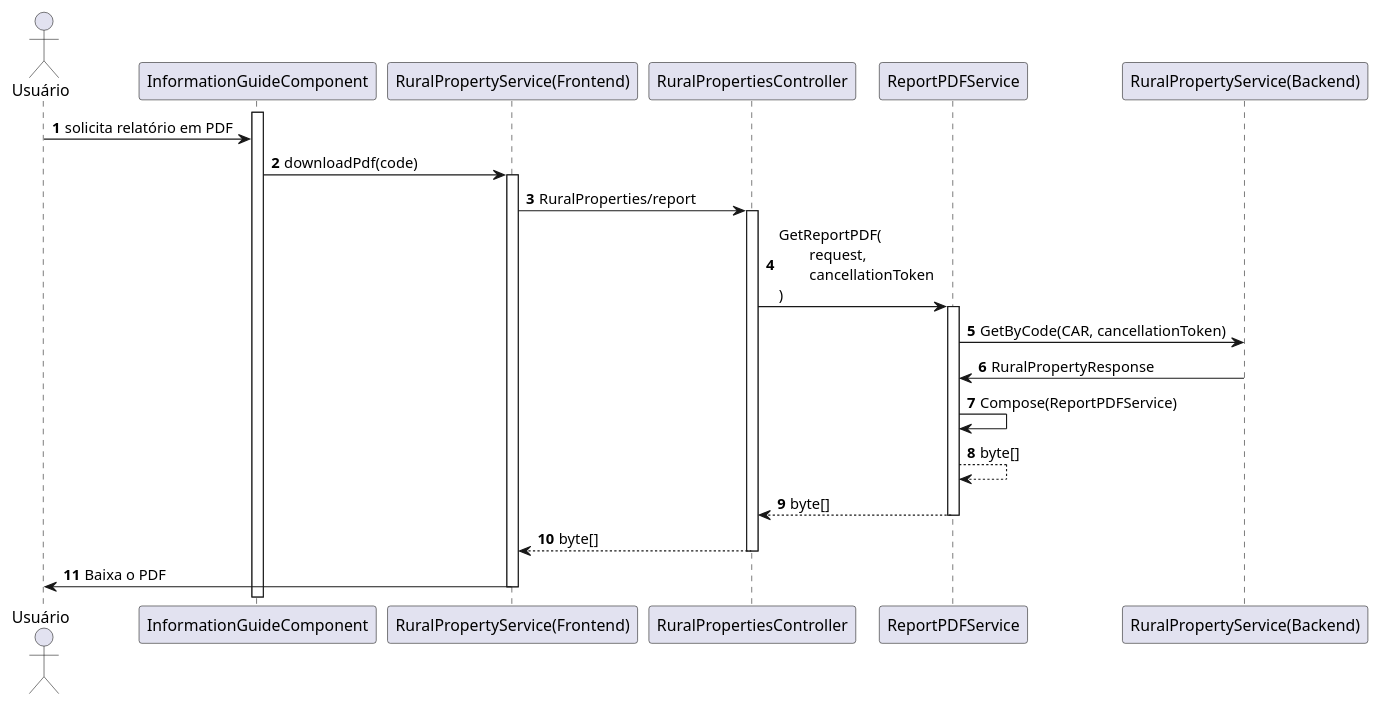
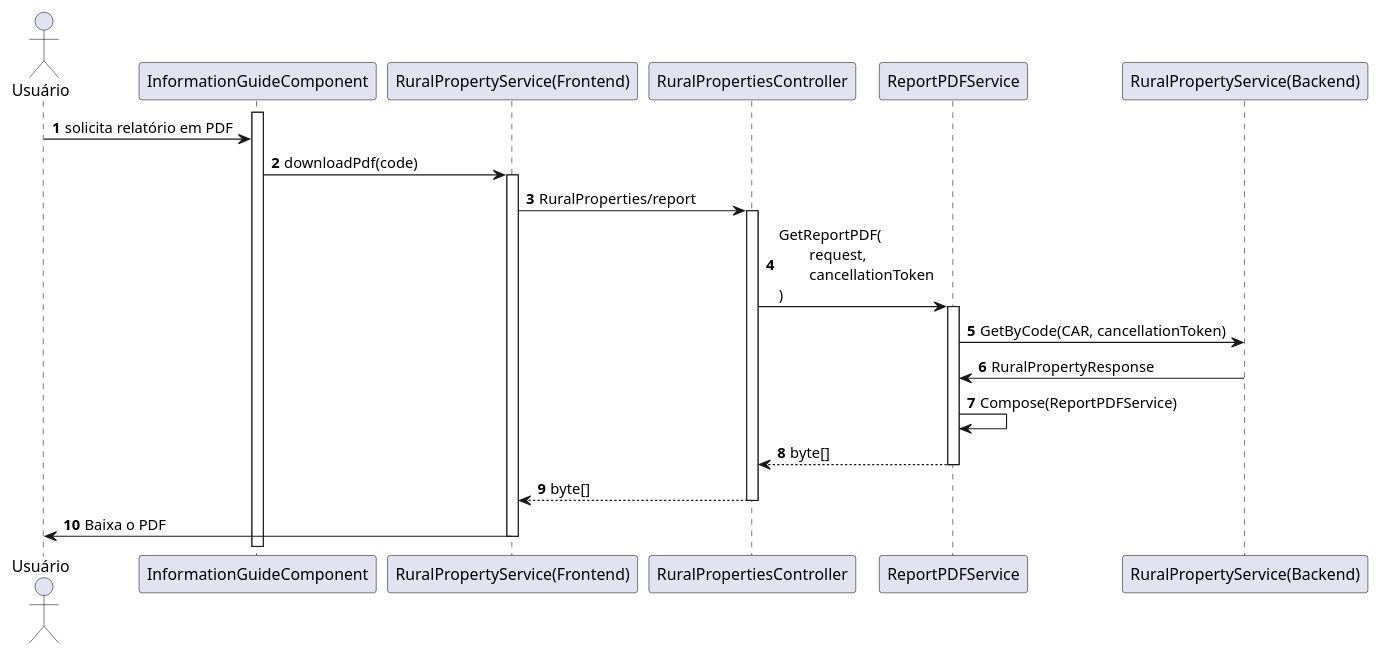
One commit to ruralgises/documentation changed the diagram in sequence-diagram/request-pdf.plantuml. Above: the diagram before and after it, drawn with PlantUML.

```diff
--- a/sequence-diagram/request-pdf.plantuml
+++ b/sequence-diagram/request-pdf.plantuml
@@ -1,24 +1,23 @@
 @startuml
 autonumber
 actor Usuário as Actor
 
 Activate "InformationGuideComponent"
 
 Actor -> "InformationGuideComponent": solicita relatório em PDF
 participant "RuralPropertyService(Frontend)" as r1
 "InformationGuideComponent" -> r1 ++: downloadPdf(code)
 r1 -> "RuralPropertiesController" ++: RuralProperties/report
 
 "RuralPropertiesController" -> "ReportPDFService" ++: GetReportPDF(\n\trequest, \n\tcancellationToken\n)
 participant "RuralPropertyService(Backend)" as r2
 "ReportPDFService" -> r2: GetByCode(CAR, cancellationToken)
 
 r2 -> "ReportPDFService" : RuralPropertyResponse
 "ReportPDFService" -> "ReportPDFService" : Compose(ReportPDFService)
 
-"ReportPDFService" --> "ReportPDFService": byte[]
 "ReportPDFService" --> "RuralPropertiesController" --: byte[]
 "RuralPropertiesController" --> r1 --: byte[]
 r1 -> Actor --: Baixa o PDF
 
 @enduml
```
